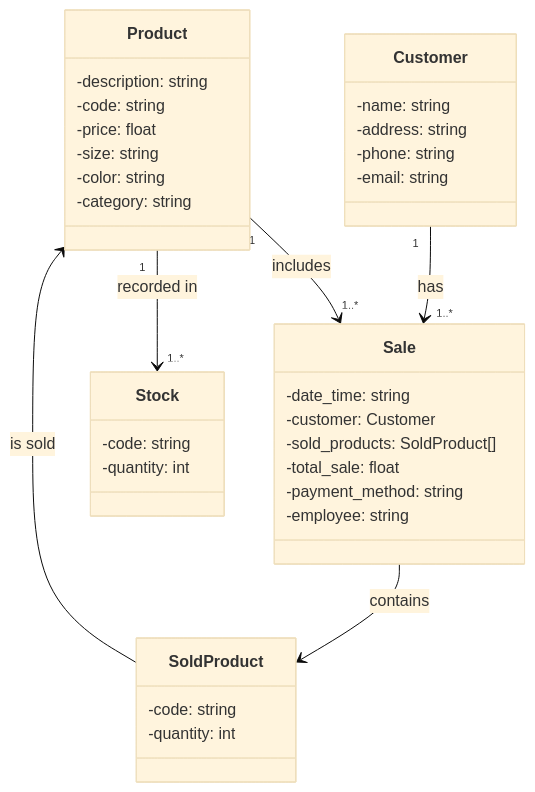
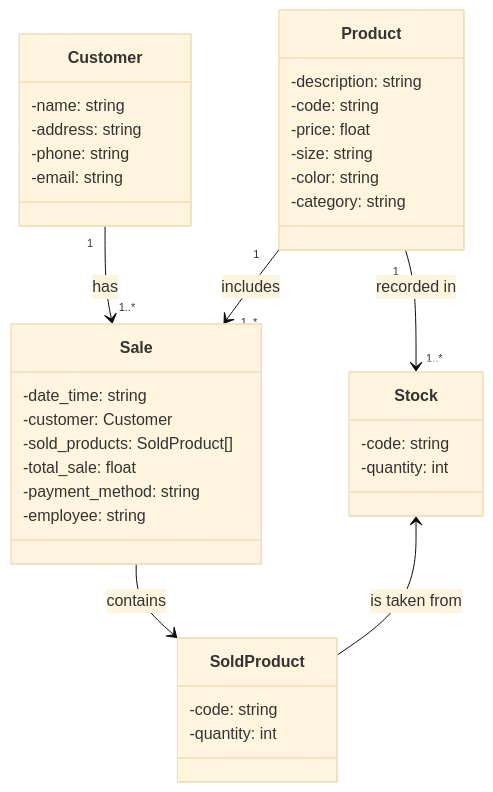
One commit to chrissperb/dio-desafio-sistema-roupas-infantis changed the diagram in README.md. Above: the diagram before and after it, drawn with Mermaid (base theme).

Commit message:
Update README.md
Diagrama de classes atualizado: produto vendido sai do estoque.

````diff
--- a/README.md
+++ b/README.md
@@ -6,45 +6,45 @@
 ``` mermaid
 
 classDiagram
     class Customer {
         -name: string
         -address: string
         -phone: string
         -email: string
     }
     
     class Product {
         -description: string
         -code: string
         -price: float
         -size: string
         -color: string
         -category: string
     }
     
     class Stock {
         -code: string
         -quantity: int
     }
     
     class Sale {
         -date_time: string
         -customer: Customer
         -sold_products: SoldProduct[]
         -total_sale: float
         -payment_method: string
         -employee: string
     }
     
     class SoldProduct {
         -code: string
         -quantity: int
     }
 
     Customer "1" --> "1..*" Sale : has
     Product "1" --> "1..*" Sale : includes
     Product "1" --> "1..*" Stock : recorded in
-    Product <-- SoldProduct : is sold
+    Stock <-- SoldProduct : is taken from
     Sale --> SoldProduct : contains
 
 ```
````
